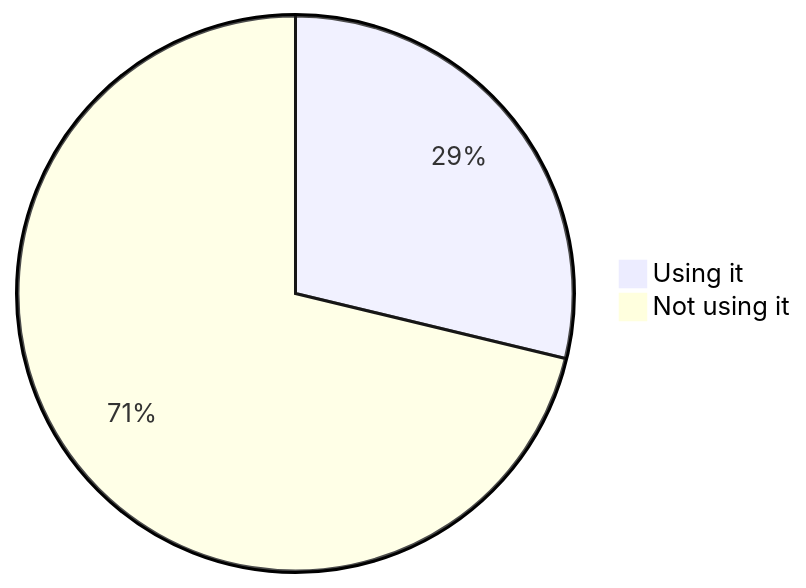
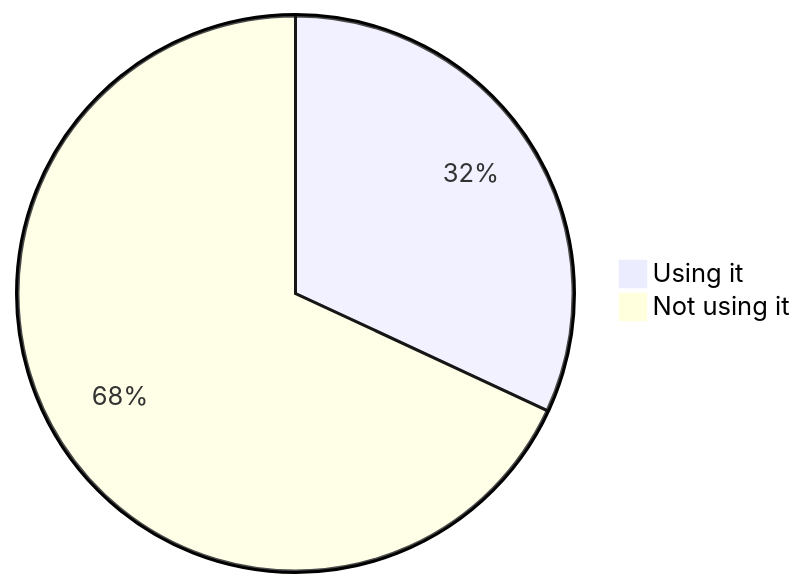
Diagram 15 of 22 in stats.md (oshp/oshp-stats), drawn with Mermaid before and after one commit. The commit also changed other lines of this file, not shown here.

````diff
--- a/stats.md
+++ b/stats.md
@@ -178,6 +178,6 @@
 ```mermaid
 pie
-	"Using it" : 28.76
-	"Not using it" : 71.24
+	"Using it" : 31.93
+	"Not using it" : 68.07
 
 ```
````
